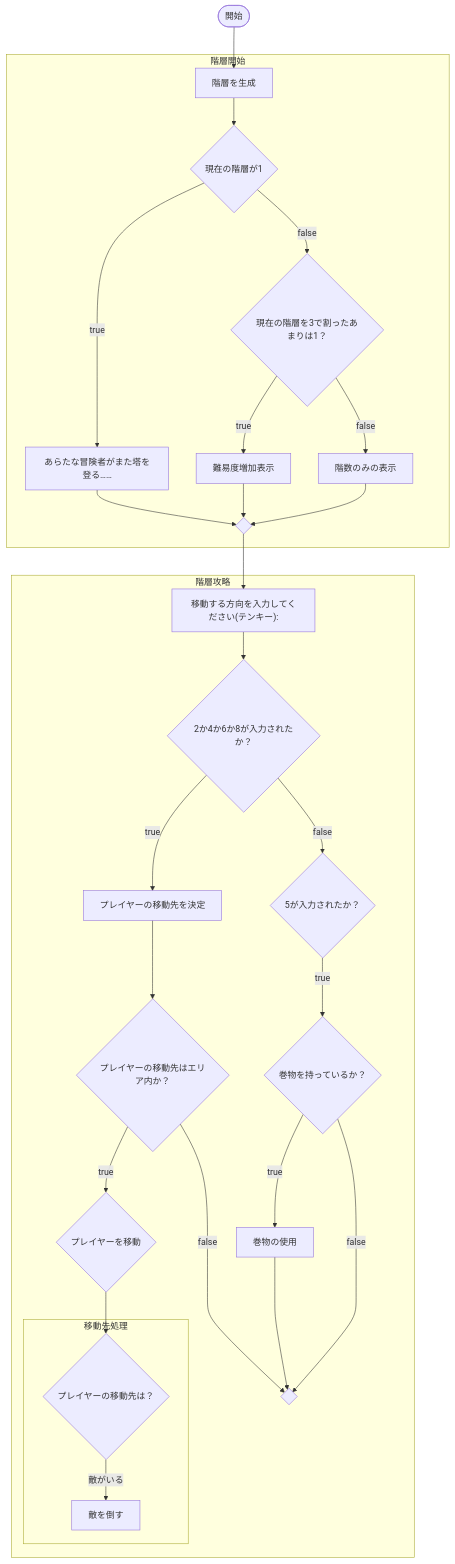
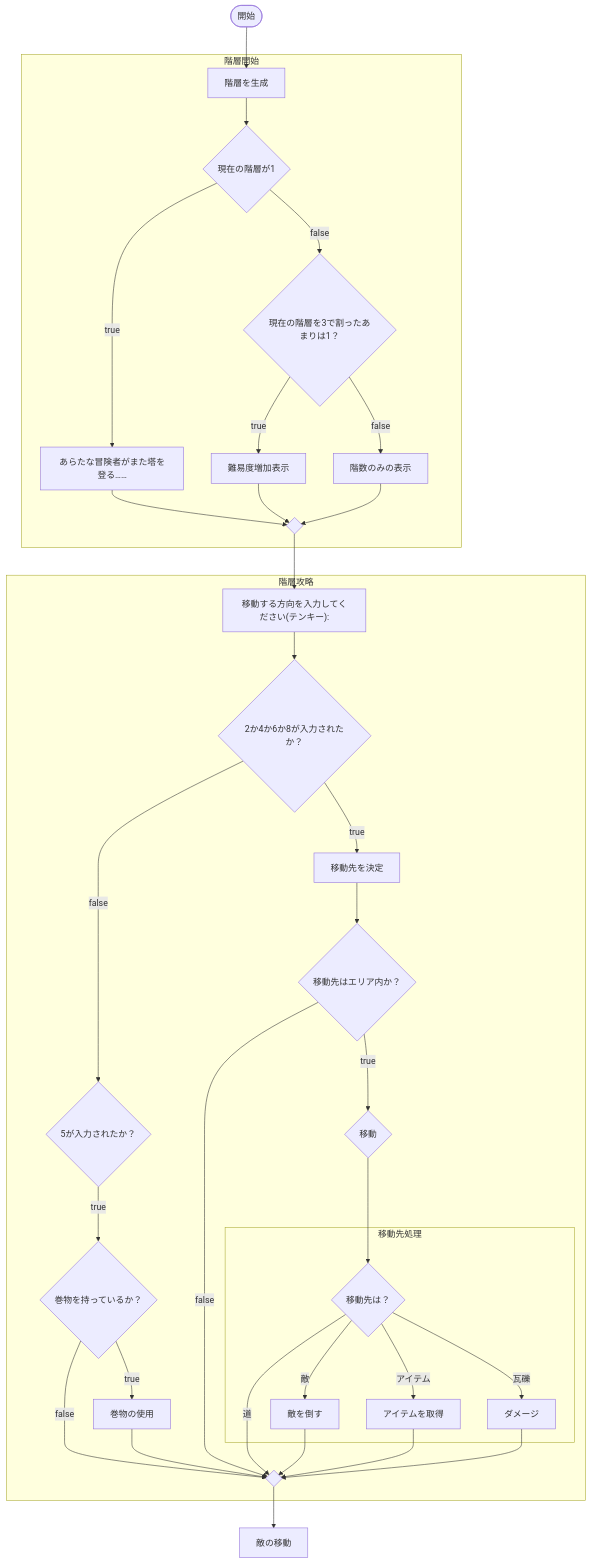
One commit to amichi5963/mermaid_test changed the diagram in README.md. Above: the diagram before and after it, drawn with Mermaid.

````diff
--- a/README.md
+++ b/README.md
@@ -20,31 +20,38 @@
 ```mermaid
 flowchart TB;
   start([開始]) --> A[階層を生成]
 subgraph 階層開始
   A --> B{"現在の階層が1"}
   B -->|true| C["あらたな冒険者がまた塔を登る……"]
   B -->|false| D{"現在の階層を3で割ったあまりは1？"}
   D -->|true| E["難易度増加表示"]
   D -->|false| F["階数のみの表示"]
   C -->join{" "}
   E -->join
   F -->join
 end
   join --> G["移動する方向を入力してください(テンキー):"]
 subgraph 階層攻略
   G --> H{"2か4か6か8が入力されたか？"}
-  H -->|true| I["プレイヤーの移動先を決定"]
+  H -->|true| I["移動先を決定"]
   H -->|false| J{"5が入力されたか？"}
   J -->|true| K{"巻物を持っているか？"}
   K -->|true| L["巻物の使用"]
   K -->|false| join1{" "}
   L --> join1
-  I --> M{"プレイヤーの移動先はエリア内か？"}
-  M -->|true| N{"プレイヤーを移動"}
+  I --> M{"移動先はエリア内か？"}
+  M -->|true| N{"移動"}
   M -->|false| join1
-  N --> O{"プレイヤーの移動先は？"}
+  N --> O{"移動先は？"}
 subgraph 移動先処理
-  O -->|"敵がいる"| P["敵を倒す"]
+  O -->|"敵"| P["敵を倒す"]
+  O -->|"アイテム"| Q["アイテムを取得"]
+  O -->|"瓦礫"|　R["ダメージ"]
 end
+  O -->|"道"| join1
+  P -->join1
+  Q -->join1
+  R -->join1
 end
+  join1 --> S["敵の移動"]
 ```
````
